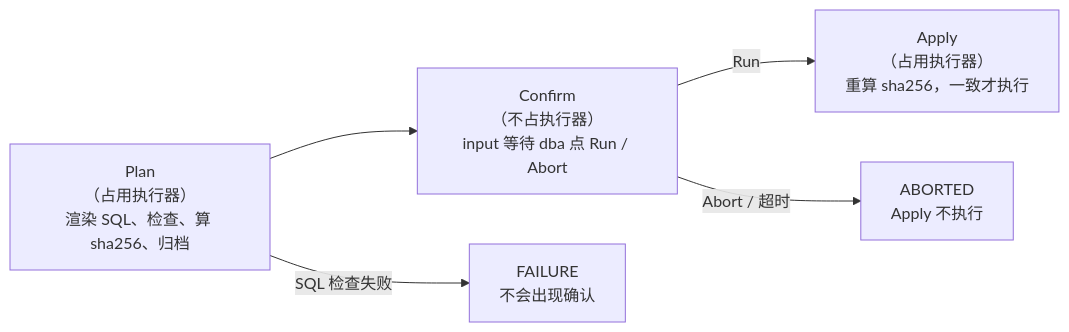
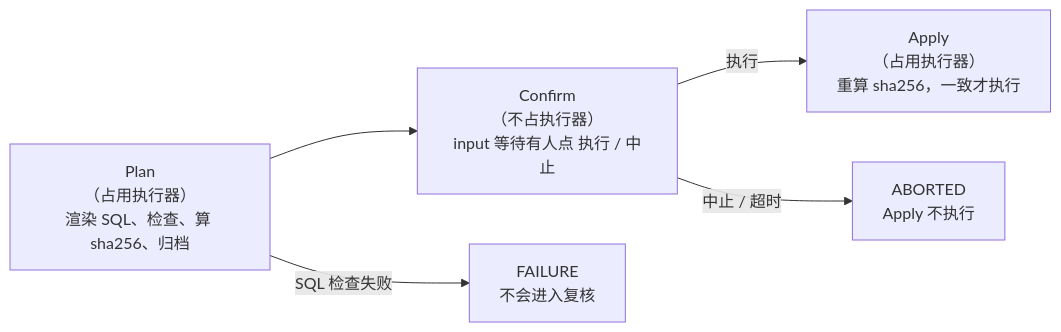
The diagram in jenkins-confirm-step/README.md (z-prunus-cai/agent-sandbox-01), drawn with Mermaid before and after one commit. The commit also changed other lines of this file and 23 other files, not shown here.

````diff
--- a/jenkins-confirm-step/README.md
+++ b/jenkins-confirm-step/README.md
@@ -21,7 +30,7 @@
 ```mermaid
 flowchart LR
-    P["Plan<br/>（占用执行器）<br/>渲染 SQL、检查、算 sha256、归档"] --> C["Confirm<br/>（不占执行器）<br/>input 等待 dba 点 Run / Abort"]
-    C -- Run --> A["Apply<br/>（占用执行器）<br/>重算 sha256，一致才执行"]
-    C -- "Abort / 超时" --> X["ABORTED<br/>Apply 不执行"]
-    P -- "SQL 检查失败" --> F["FAILURE<br/>不会出现确认"]
+    P["Plan<br/>（占用执行器）<br/>渲染 SQL、检查、算 sha256、归档"] --> C["Confirm<br/>（不占执行器）<br/>input 等待有人点 执行 / 中止"]
+    C -- 执行 --> A["Apply<br/>（占用执行器）<br/>重算 sha256，一致才执行"]
+    C -- "中止 / 超时" --> X["ABORTED<br/>Apply 不执行"]
+    P -- "SQL 检查失败" --> F["FAILURE<br/>不会进入复核"]
 ```
````
